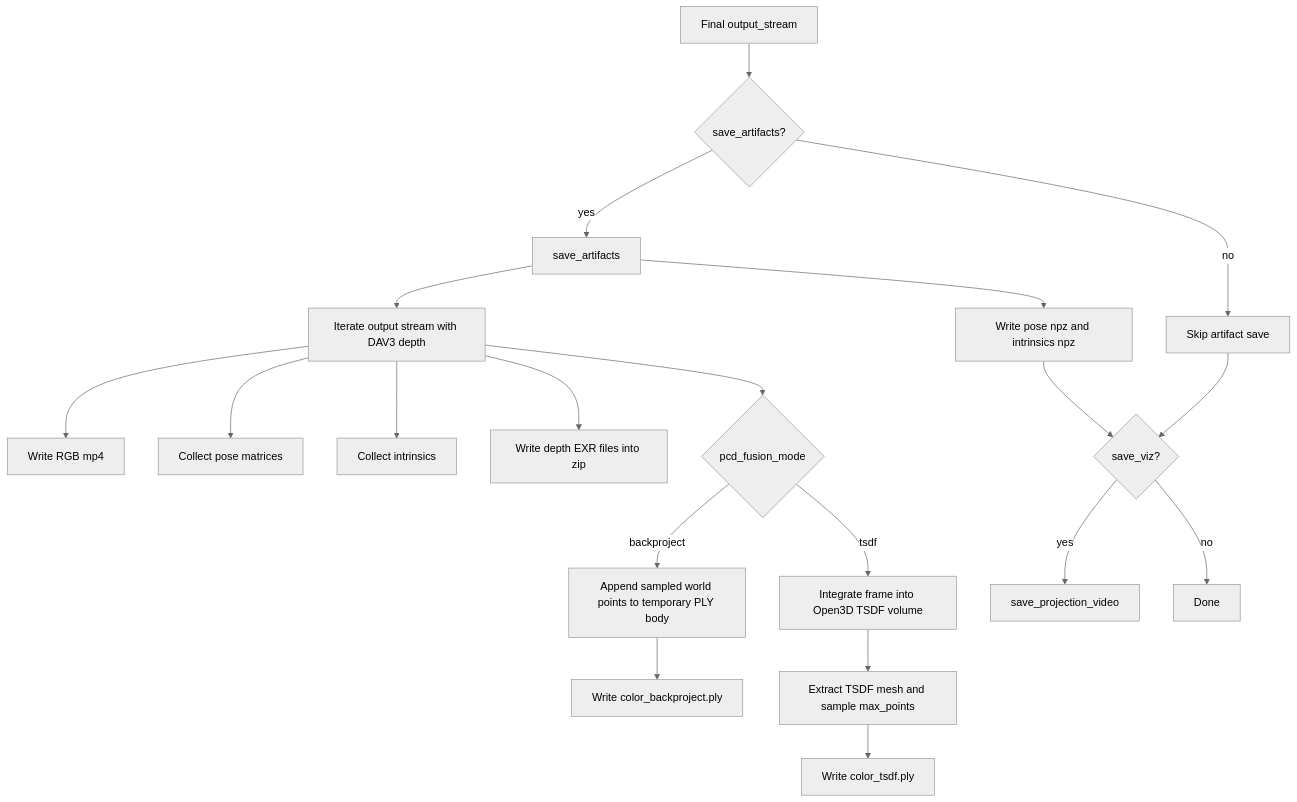
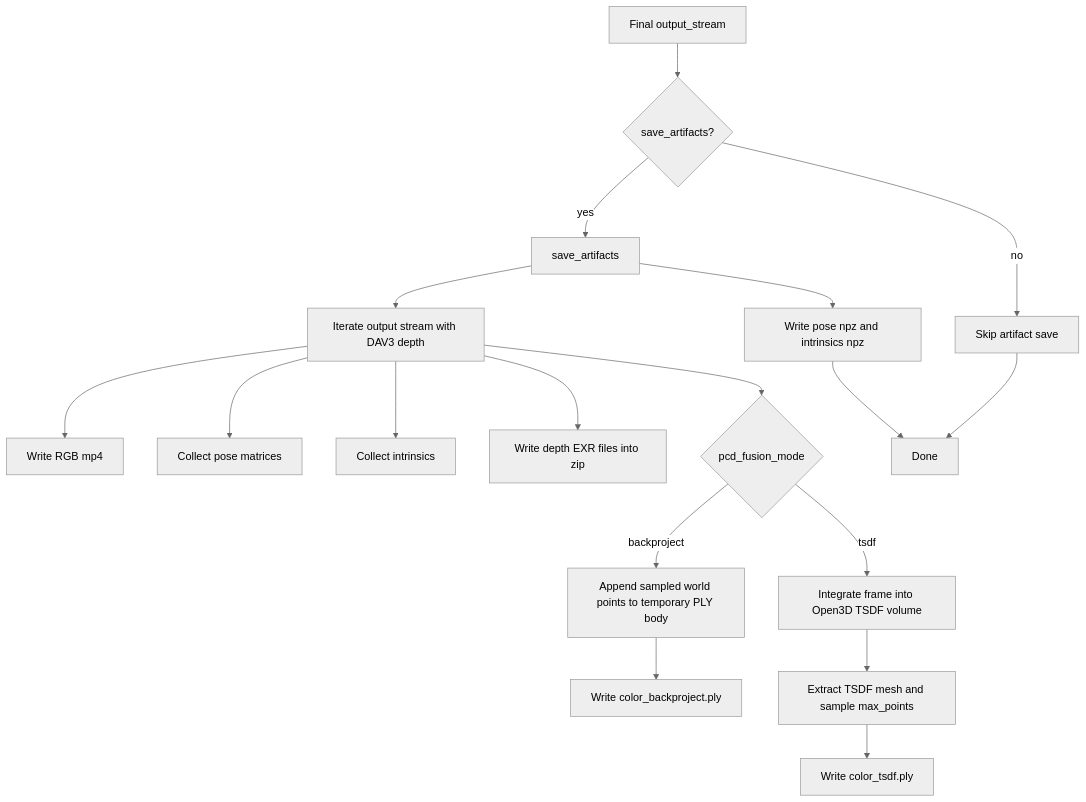
Diagram 12 of 12 in fullexplain.md (sadanand1120/vipe), drawn with Mermaid (neutral theme) before and after one commit. The commit also changed other lines of this file and 8 other files, not shown here.

Commit message:
clean save_viz etc and single backend pass instead of two

````diff
--- a/fullexplain.md
+++ b/fullexplain.md
@@ -1783,22 +1776,20 @@
 ```mermaid
 flowchart TD
     A[Final output_stream] --> B{save_artifacts?}
     B -->|yes| C[save_artifacts]
     B -->|no| D[Skip artifact save]
     C --> E[Iterate output stream with DAV3 depth]
     E --> F[Write RGB mp4]
     E --> G[Collect pose matrices]
     E --> H[Collect intrinsics]
     E --> I[Write depth EXR files into zip]
     E --> J{pcd_fusion_mode}
     J -->|backproject| L[Append sampled world points to temporary PLY body]
     J -->|tsdf| M[Integrate frame into Open3D TSDF volume]
     L --> N[Write color_backproject.ply]
     M --> O[Extract TSDF mesh and sample max_points]
     O --> P[Write color_tsdf.ply]
     C --> Q[Write pose npz and intrinsics npz]
-    D --> R{save_viz?}
-    Q --> R
-    R -->|yes| S[save_projection_video]
-    R -->|no| T[Done]
+    D --> T[Done]
+    Q --> T
 ```
````
